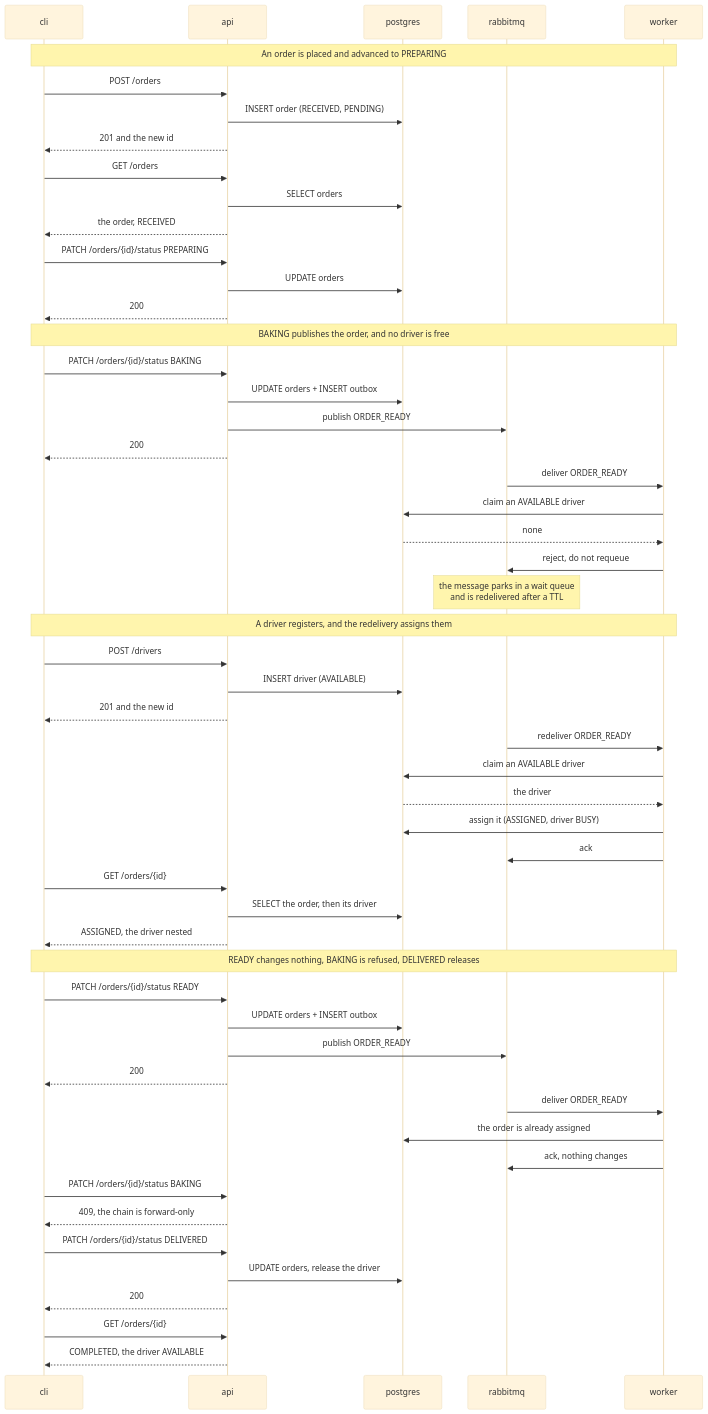
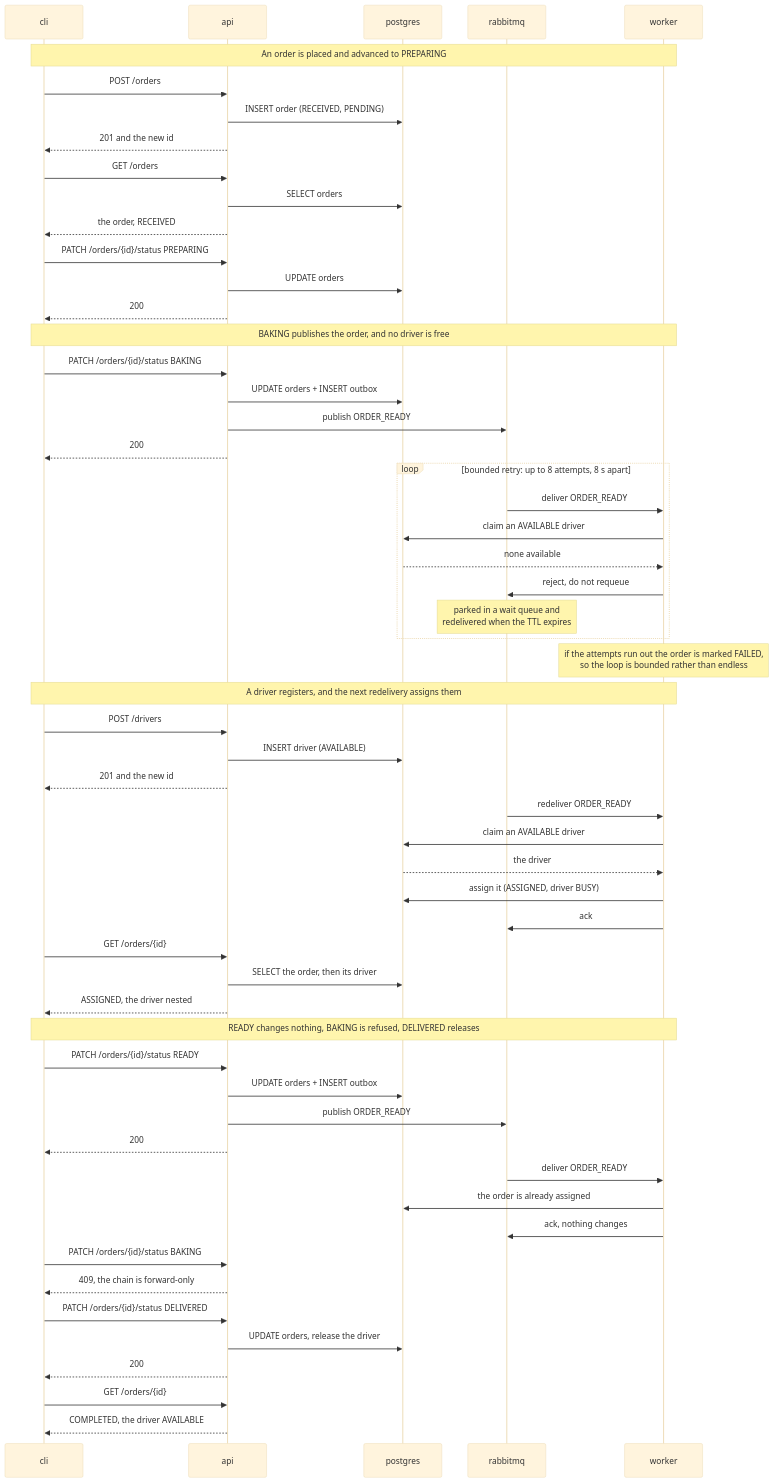
The diagram in README.md (cs7158080/pizza-dispatch-engine), drawn with Mermaid (base theme) before and after one commit. The commit also changed other lines of this file and 1 other file, not shown here.

First line of the commit message:
docs: lead Launch with the gate, bound the retry loop, and reground the database choice

````diff
--- a/README.md
+++ b/README.md
@@ -107,59 +104,62 @@
 ```mermaid
 sequenceDiagram
     participant cli
     participant api
     participant postgres
     participant rabbitmq
     participant worker
 
     Note over cli,worker: An order is placed and advanced to PREPARING
     cli->>api: POST /orders
     api->>postgres: INSERT order (RECEIVED, PENDING)
     api-->>cli: 201 and the new id
     cli->>api: GET /orders
     api->>postgres: SELECT orders
     api-->>cli: the order, RECEIVED
     cli->>api: PATCH /orders/{id}/status PREPARING
     api->>postgres: UPDATE orders
     api-->>cli: 200
 
     Note over cli,worker: BAKING publishes the order, and no driver is free
     cli->>api: PATCH /orders/{id}/status BAKING
     api->>postgres: UPDATE orders + INSERT outbox
     api->>rabbitmq: publish ORDER_READY
     api-->>cli: 200
-    rabbitmq->>worker: deliver ORDER_READY
-    worker->>postgres: claim an AVAILABLE driver
-    postgres-->>worker: none
-    worker->>rabbitmq: reject, do not requeue
-    Note over rabbitmq: the message parks in a wait queue<br/>and is redelivered after a TTL
+    loop bounded retry: up to 8 attempts, 8 s apart
+        rabbitmq->>worker: deliver ORDER_READY
+        worker->>postgres: claim an AVAILABLE driver
+        postgres-->>worker: none available
+        worker->>rabbitmq: reject, do not requeue
+        Note over rabbitmq: parked in a wait queue and<br/>redelivered when the TTL expires
+    end
+    Note over worker: if the attempts run out the order is marked FAILED,<br/>so the loop is bounded rather than endless
 
-    Note over cli,worker: A driver registers, and the redelivery assigns them
+    Note over cli,worker: A driver registers, and the next redelivery assigns them
     cli->>api: POST /drivers
     api->>postgres: INSERT driver (AVAILABLE)
     api-->>cli: 201 and the new id
     rabbitmq->>worker: redeliver ORDER_READY
     worker->>postgres: claim an AVAILABLE driver
     postgres-->>worker: the driver
     worker->>postgres: assign it (ASSIGNED, driver BUSY)
     worker->>rabbitmq: ack
     cli->>api: GET /orders/{id}
     api->>postgres: SELECT the order, then its driver
     api-->>cli: ASSIGNED, the driver nested
 
     Note over cli,worker: READY changes nothing, BAKING is refused, DELIVERED releases
     cli->>api: PATCH /orders/{id}/status READY
     api->>postgres: UPDATE orders + INSERT outbox
     api->>rabbitmq: publish ORDER_READY
     api-->>cli: 200
     rabbitmq->>worker: deliver ORDER_READY
     worker->>postgres: the order is already assigned
     worker->>rabbitmq: ack, nothing changes
     cli->>api: PATCH /orders/{id}/status BAKING
     api-->>cli: 409, the chain is forward-only
     cli->>api: PATCH /orders/{id}/status DELIVERED
     api->>postgres: UPDATE orders, release the driver
     api-->>cli: 200
     cli->>api: GET /orders/{id}
     api-->>cli: COMPLETED, the driver AVAILABLE
 ```
````
